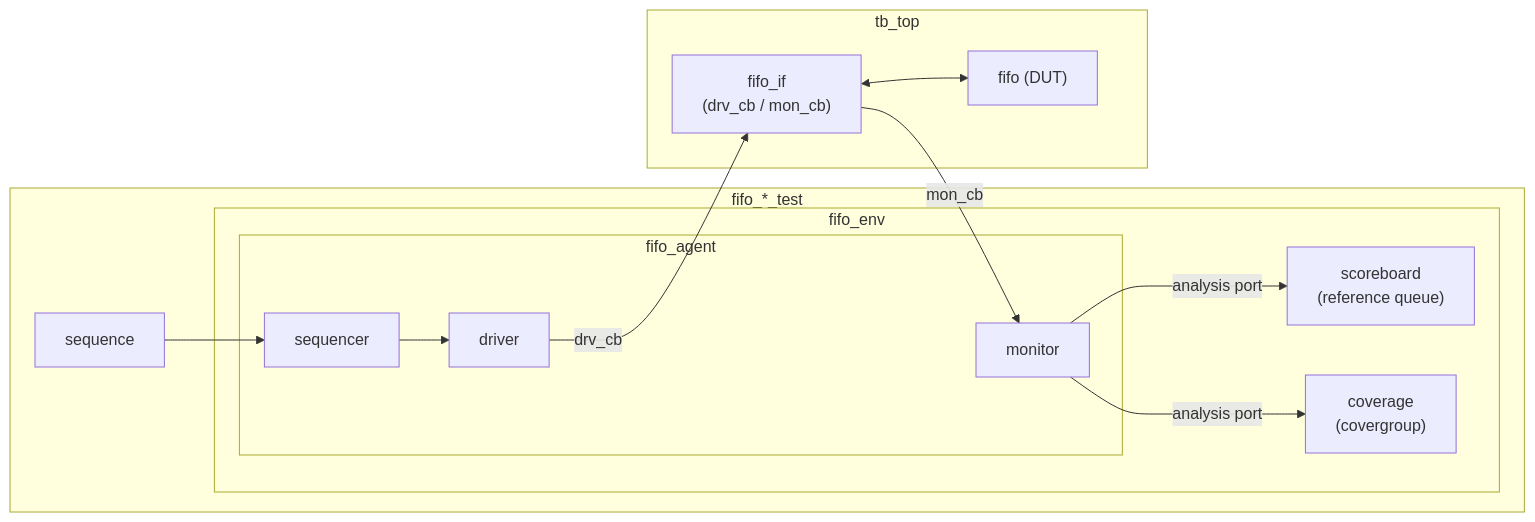
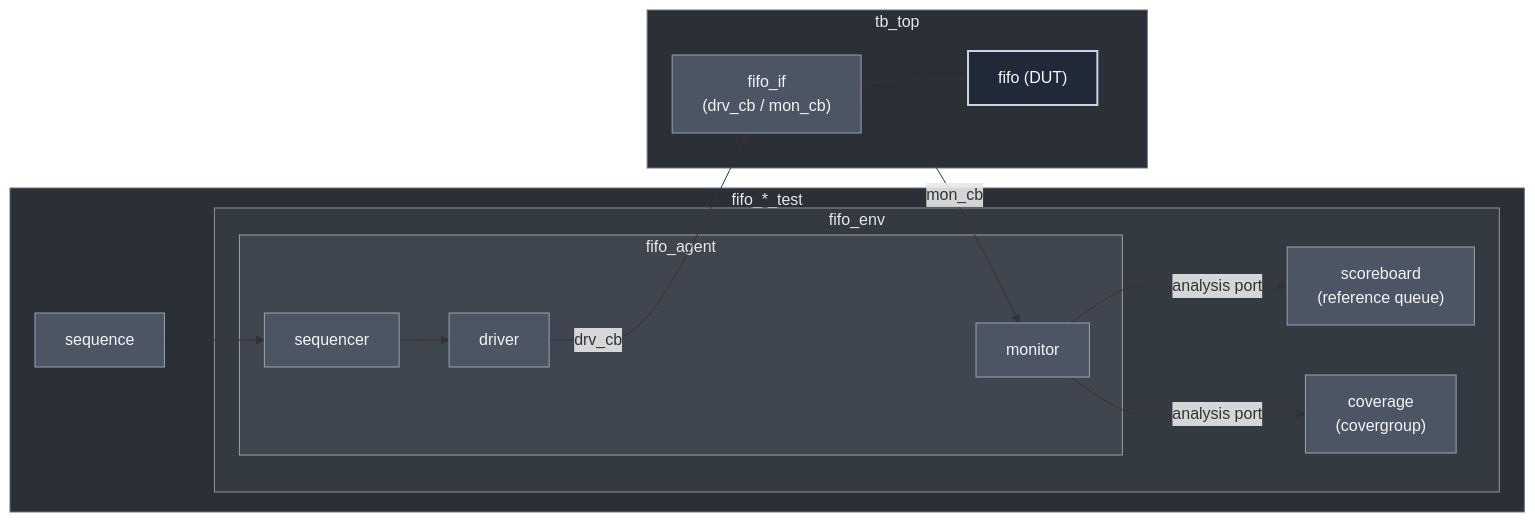
The diagram in README.md (OmerGunbakmaz/UVM-FIFO), drawn with Mermaid before and after one commit.

Commit message:
fixes in architecture diagram

````diff
--- a/README.md
+++ b/README.md
@@ -12,26 +12,36 @@
 ```mermaid
 flowchart LR
     subgraph TEST["fifo_*_test"]
         SEQ["sequence"]
         subgraph ENV["fifo_env"]
             subgraph AGENT["fifo_agent"]
                 SQR["sequencer"] --> DRV["driver"]
                 MON["monitor"]
             end
             SCB["scoreboard<br/>(reference queue)"]
             COV["coverage<br/>(covergroup)"]
         end
     end
 
     subgraph TOP["tb_top"]
         IF["fifo_if<br/>(drv_cb / mon_cb)"]
         DUT["fifo (DUT)"]
         IF <--> DUT
     end
 
     SEQ --> SQR
     DRV -- "drv_cb" --> IF
     IF -- "mon_cb" --> MON
     MON -- "analysis port" --> SCB
     MON -- "analysis port" --> COV
+
+    classDef comp fill:#4b5563,stroke:#9ca3af,color:#f3f4f6
+    classDef dut fill:#1f2937,stroke:#cbd5e1,stroke-width:2px,color:#f9fafb
+    class SEQ,SQR,DRV,MON,SCB,COV,IF comp
+    class DUT dut
+
+    style TEST fill:#2b2f36,stroke:#6b7280,color:#e5e7eb
+    style ENV fill:#343a42,stroke:#8b949e,color:#e5e7eb
+    style AGENT fill:#3f4650,stroke:#9ca3af,color:#e5e7eb
+    style TOP fill:#2b2f36,stroke:#6b7280,color:#e5e7eb
 ```
````
